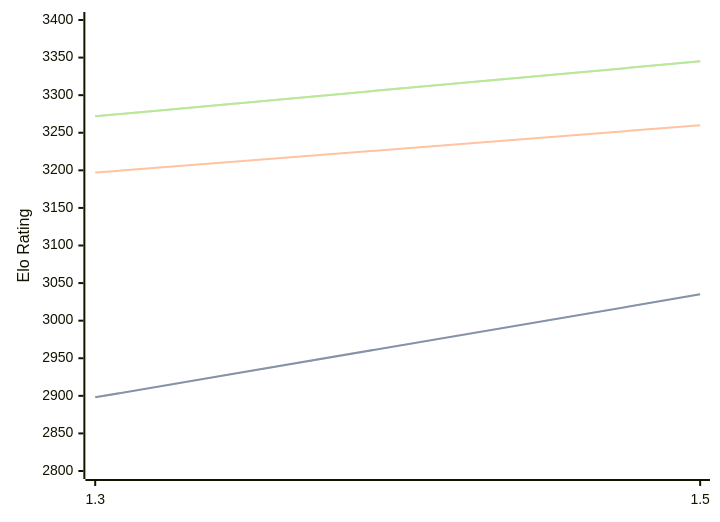
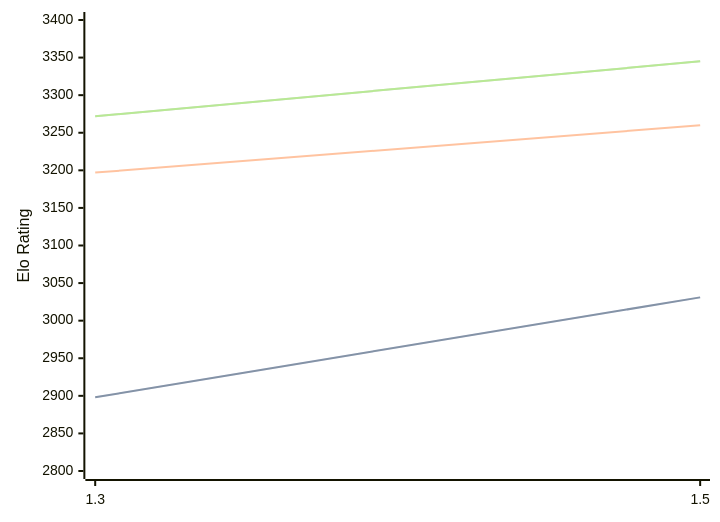
The diagram in engines/Lambergar.md (computer-chess-index/cci), drawn with Mermaid before and after one commit. The commit also changed other lines of this file, not shown here.

````diff
--- a/engines/Lambergar.md
+++ b/engines/Lambergar.md
@@ -44,11 +44,11 @@
 ```mermaid
 %%{init: {"theme":"base","themeVariables":{"seriesColors:['#a3a3a3','#222221','#faa371']}}}%%
 xychart-beta
   x-axis ["1.3", "1.5"]
   y-axis "Elo Rating" 2800 --> 3400
-  line "STC (8.0+0.08s)" [2898, 3035]
-  line "STC (8.0+0.08s)" [2898, 3035]
+  line "STC (8.0+0.08s)" [2898, 3031]
+  line "STC (8.0+0.08s)" [2898, 3031]
   line "LTC (60.0+0.60s)" [3197, 3260]
   line "VLTC (2m24s+1.12s)" [3272, 3345]
   line "VLTC (2m24s+1.12s)" [3272, 3345]
 ```
````
